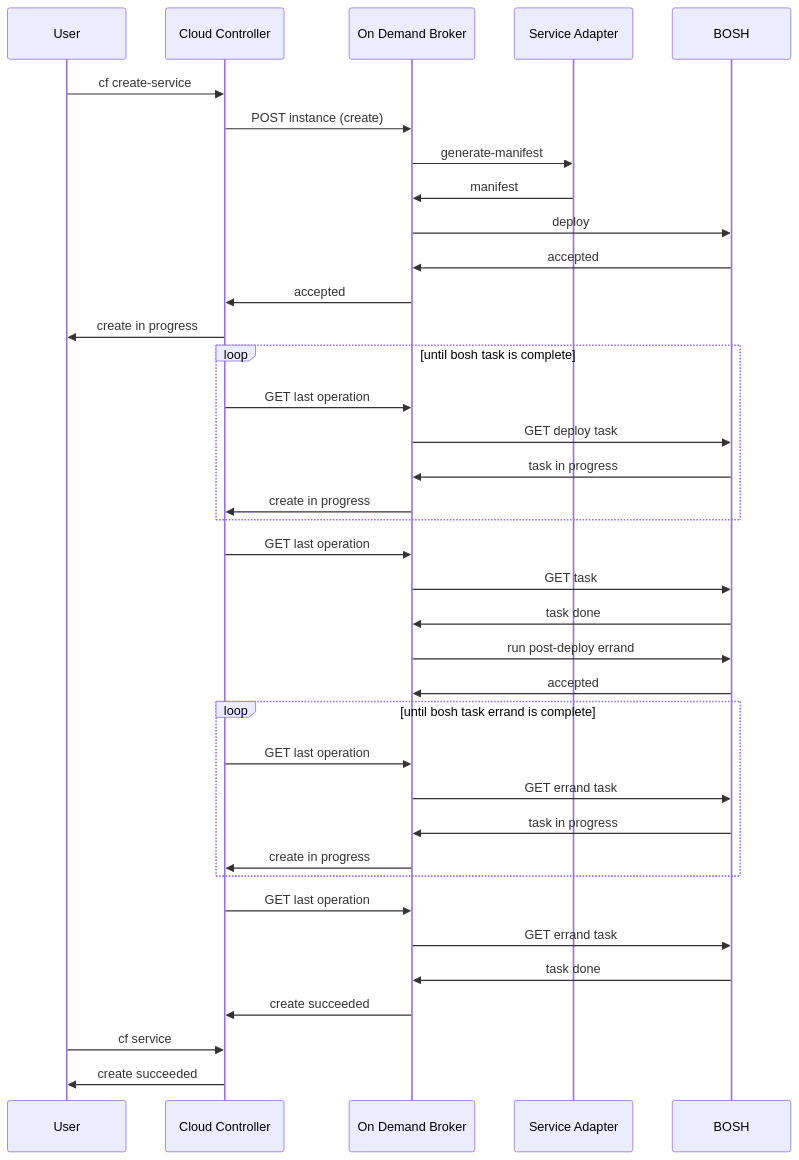
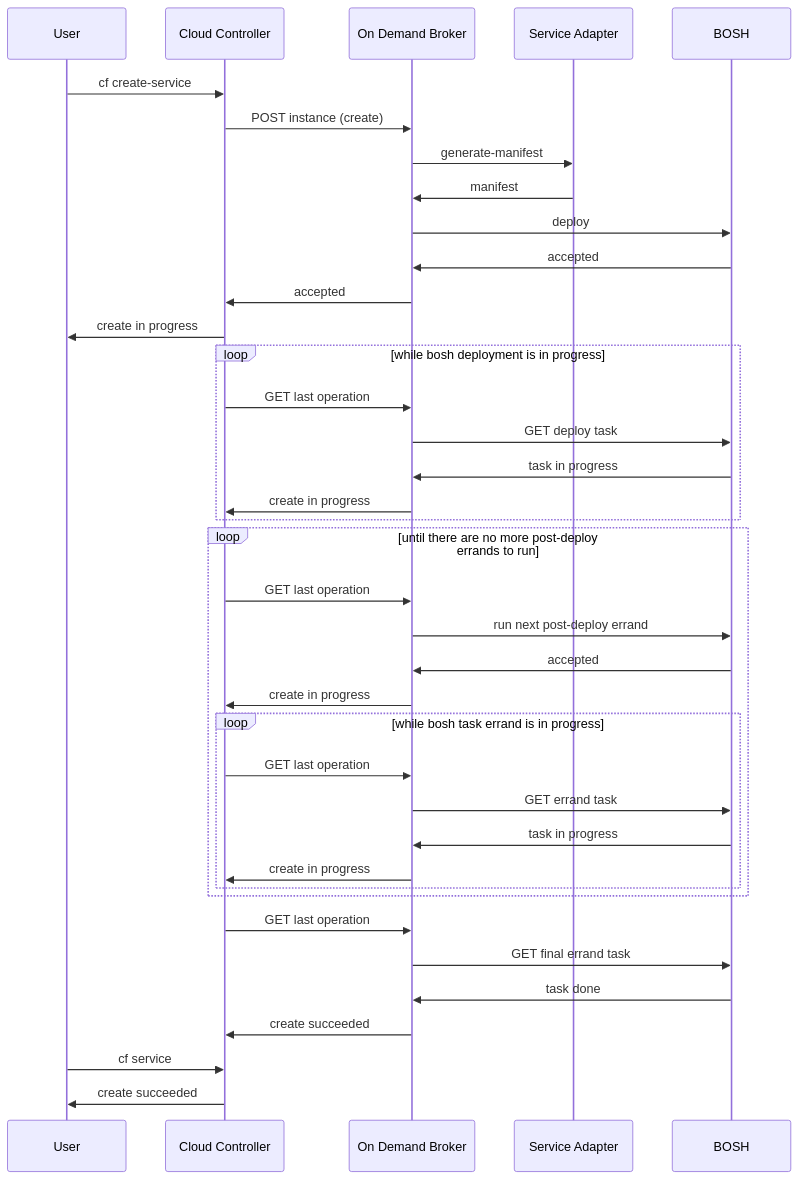
Before and after one commit to pivotal-cf/docs-on-demand-service-broker: the diagram in mmd/create_post_deploy_workflow.mmd, drawn with Mermaid. The commit also changed 4 other files, not shown here.

First line of the commit message:
Document post-deploy and pre-delete errands changes

```diff
--- a/mmd/create_post_deploy_workflow.mmd
+++ b/mmd/create_post_deploy_workflow.mmd
@@ -1,34 +1,35 @@
 <div class="mermaid">
 sequenceDiagram
   User->> Cloud Controller: cf create-service
   Cloud Controller->> On Demand Broker: POST instance (create)
   On Demand Broker->>Service Adapter: generate-manifest
   Service Adapter->>On Demand Broker: manifest
   On Demand Broker->>BOSH: deploy
   BOSH->>On Demand Broker: accepted
   On Demand Broker->>Cloud Controller: accepted
   Cloud Controller->>User: create in progress
-  loop until bosh task is complete
+  loop while bosh deployment is in progress
     Cloud Controller->>On Demand Broker: GET last operation
     On Demand Broker->>BOSH: GET deploy task
     BOSH->>On Demand Broker: task in progress
     On Demand Broker->>Cloud Controller: create in progress
   end
-  Cloud Controller->>On Demand Broker: GET last operation
-  On Demand Broker->>BOSH: GET task
-  BOSH->>On Demand Broker: task done
-  On Demand Broker->>BOSH: run post-deploy errand
-  BOSH->>On Demand Broker: accepted
-  loop until bosh task errand is complete
-    Cloud Controller->>On Demand Broker:GET last operation
-    On Demand Broker->>BOSH:GET errand task
-    BOSH->>On Demand Broker:task in progress
+  loop until there are no more post-deploy errands to run
+    Cloud Controller->>On Demand Broker: GET last operation
+    On Demand Broker->>BOSH: run next post-deploy errand
+    BOSH->>On Demand Broker: accepted
     On Demand Broker->>Cloud Controller:create in progress
+    loop while bosh task errand is in progress
+      Cloud Controller->>On Demand Broker:GET last operation
+      On Demand Broker->>BOSH:GET errand task
+      BOSH->>On Demand Broker:task in progress
+      On Demand Broker->>Cloud Controller:create in progress
+    end
   end
   Cloud Controller->>On Demand Broker:GET last operation
-  On Demand Broker->>BOSH:GET errand task
+  On Demand Broker->>BOSH:GET final errand task
   BOSH->>On Demand Broker:task done
   On Demand Broker->>Cloud Controller:create succeeded
   User->>Cloud Controller:cf service
   Cloud Controller->>User: create succeeded
 </div>
```
